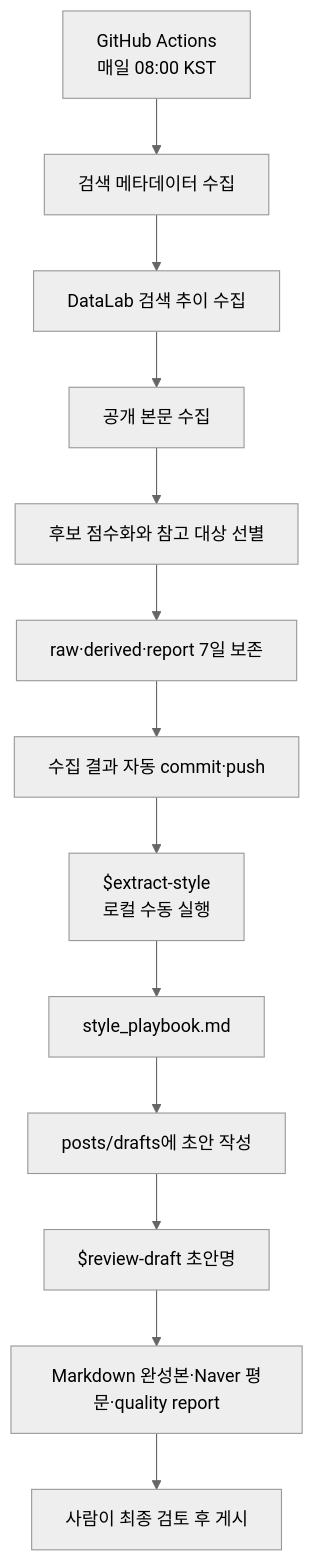
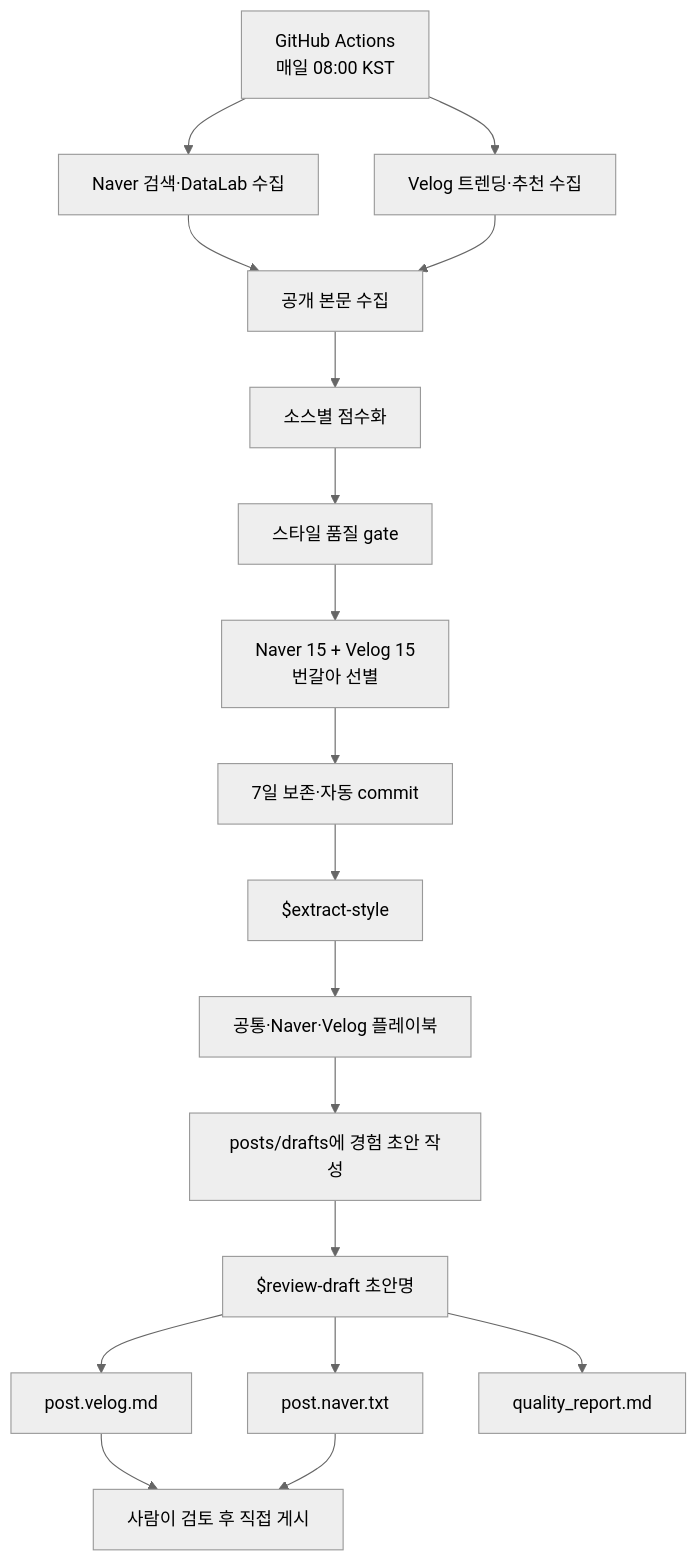
One commit to dennis0405/naver-blog-trend changed the diagram in README.md. Above: the diagram before and after it, drawn with Mermaid (neutral theme). The commit also changed other lines of this file and 3 other files, not shown here.

````diff
--- a/README.md
+++ b/README.md
@@ -27,15 +9,20 @@
 ```mermaid
 flowchart TD
-    A[GitHub Actions<br/>매일 08:00 KST] --> B[검색 메타데이터 수집]
-    B --> C[DataLab 검색 추이 수집]
-    C --> D[공개 본문 수집]
-    D --> E[후보 점수화와 참고 대상 선별]
-    E --> F[raw·derived·report 7일 보존]
-    F --> G[수집 결과 자동 commit·push]
-    G --> H[$extract-style<br/>로컬 수동 실행]
-    H --> I[style_playbook.md]
-    I --> J[posts/drafts에 초안 작성]
-    J --> K[$review-draft 초안명]
-    K --> L[Markdown 완성본·Naver 평문·quality report]
-    L --> M[사람이 최종 검토 후 게시]
+    A[GitHub Actions<br/>매일 08:00 KST] --> B[Naver 검색·DataLab 수집]
+    A --> C[Velog 트렌딩·추천 수집]
+    B --> D[공개 본문 수집]
+    C --> D
+    D --> E[소스별 점수화]
+    E --> F[스타일 품질 gate]
+    F --> G[Naver 15 + Velog 15<br/>번갈아 선별]
+    G --> H[7일 보존·자동 commit]
+    H --> I[$extract-style]
+    I --> J[공통·Naver·Velog 플레이북]
+    J --> K[posts/drafts에 경험 초안 작성]
+    K --> L[$review-draft 초안명]
+    L --> M[post.velog.md]
+    L --> N[post.naver.txt]
+    L --> O[quality_report.md]
+    M --> P[사람이 검토 후 직접 게시]
+    N --> P
 ```
````
